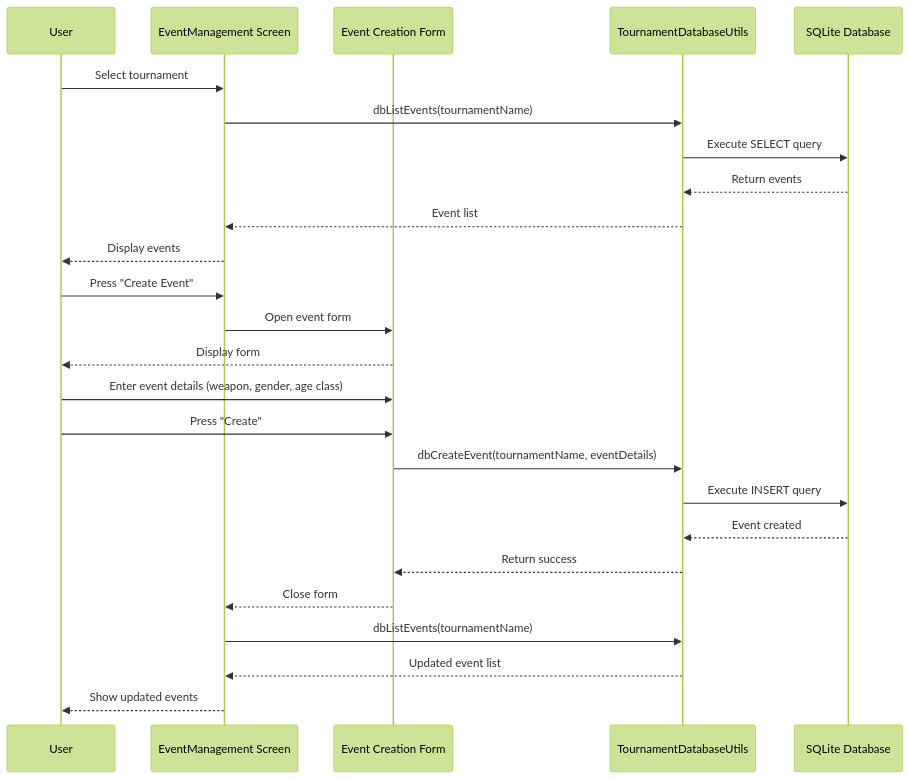
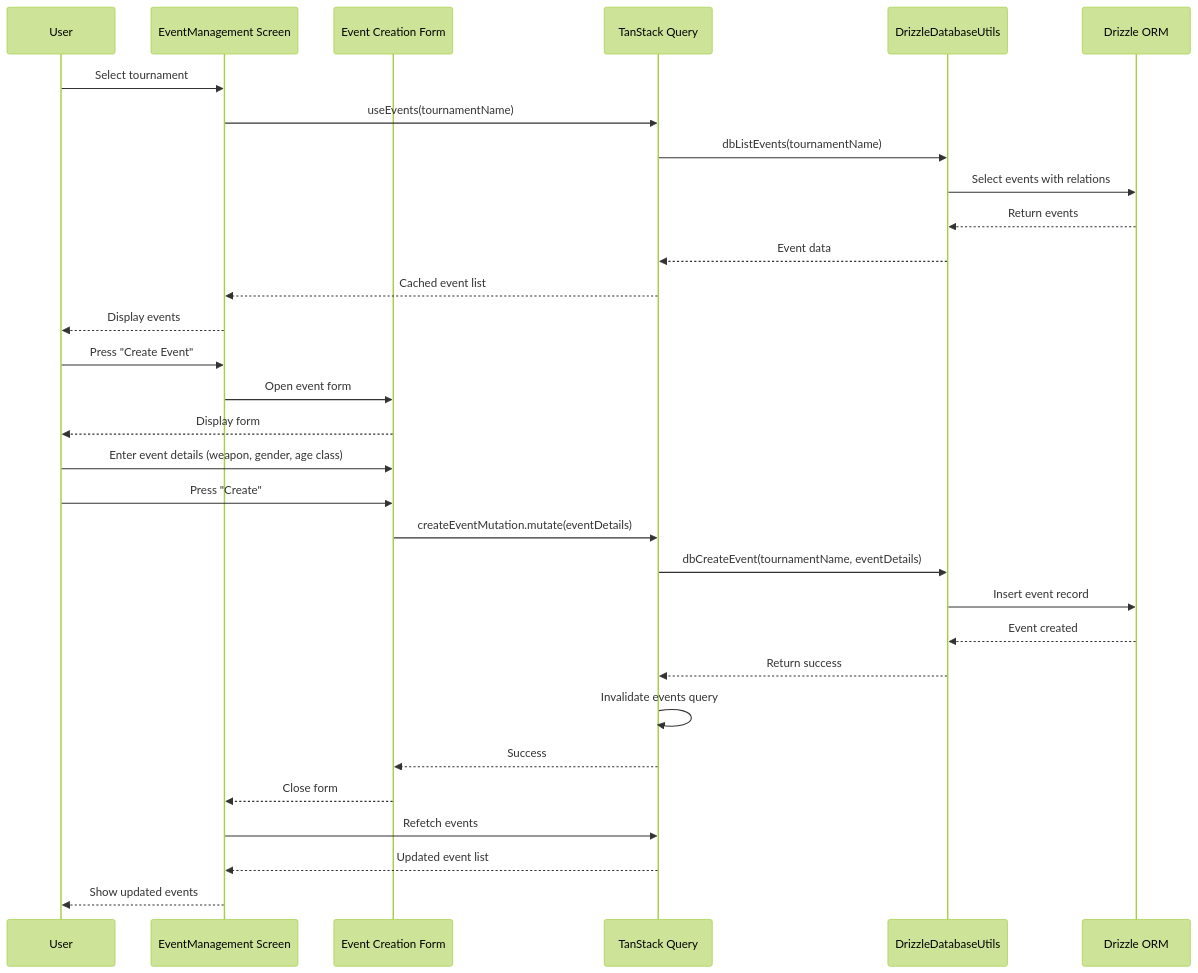
The sixth of 38 diagrams in docs/Spring Quarter Deliverables/SDD.md (FencingSeniorDesign/client), drawn with Mermaid (forest theme) before and after one commit. The commit also changed other lines of this file, not shown here.

````diff
--- a/docs/Spring Quarter Deliverables/SDD.md
+++ b/docs/Spring Quarter Deliverables/SDD.md
@@ -267,29 +291,35 @@
 ```mermaid
 sequenceDiagram
     participant User
     participant EventMgmt as EventManagement Screen
     participant EventForm as Event Creation Form
-    participant DB as TournamentDatabaseUtils
-    participant SQLite as SQLite Database
+    participant Query as TanStack Query
+    participant DB as DrizzleDatabaseUtils
+    participant Drizzle as Drizzle ORM
 
     User->>EventMgmt: Select tournament
-    EventMgmt->>DB: dbListEvents(tournamentName)
-    DB->>SQLite: Execute SELECT query
-    SQLite-->>DB: Return events
-    DB-->>EventMgmt: Event list
+    EventMgmt->>Query: useEvents(tournamentName)
+    Query->>DB: dbListEvents(tournamentName)
+    DB->>Drizzle: Select events with relations
+    Drizzle-->>DB: Return events
+    DB-->>Query: Event data
+    Query-->>EventMgmt: Cached event list
     EventMgmt-->>User: Display events
 
     User->>EventMgmt: Press "Create Event"
     EventMgmt->>EventForm: Open event form
     EventForm-->>User: Display form
     User->>EventForm: Enter event details (weapon, gender, age class)
     User->>EventForm: Press "Create"
-    EventForm->>DB: dbCreateEvent(tournamentName, eventDetails)
-    DB->>SQLite: Execute INSERT query
-    SQLite-->>DB: Event created
-    DB-->>EventForm: Return success
+    EventForm->>Query: createEventMutation.mutate(eventDetails)
+    Query->>DB: dbCreateEvent(tournamentName, eventDetails)
+    DB->>Drizzle: Insert event record
+    Drizzle-->>DB: Event created
+    DB-->>Query: Return success
+    Query->>Query: Invalidate events query
+    Query-->>EventForm: Success
     EventForm-->>EventMgmt: Close form
-    EventMgmt->>DB: dbListEvents(tournamentName)
-    DB-->>EventMgmt: Updated event list
+    EventMgmt->>Query: Refetch events
+    Query-->>EventMgmt: Updated event list
     EventMgmt-->>User: Show updated events
 ```
````
